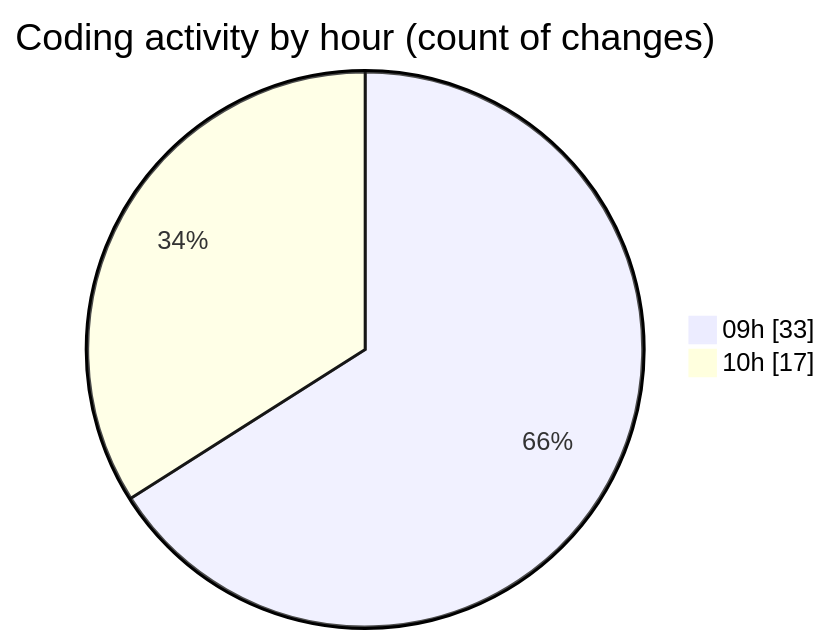
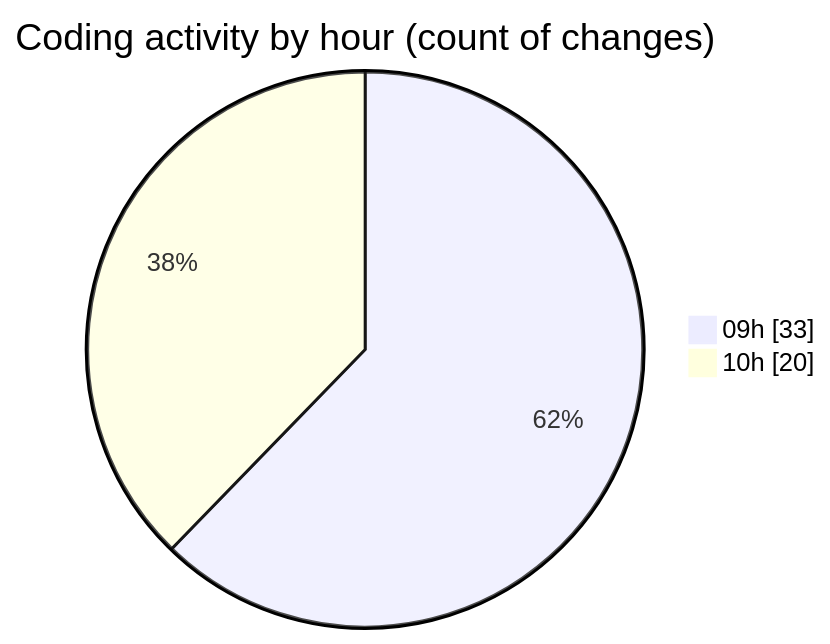
The second of 2 diagrams in 2025-05-20/ecodeli-1/README.md (CELIANVF/code-tracking), drawn with Mermaid before and after one commit. The commit also changed other lines of this file and 1 other file, not shown here.

````diff
--- a/2025-05-20/ecodeli-1/README.md
+++ b/2025-05-20/ecodeli-1/README.md
@@ -51,6 +53,6 @@
 ```mermaid
 pie showData
 title Coding activity by hour (count of changes)
 "09h" : 33
-"10h" : 17
+"10h" : 20
 ```
````
